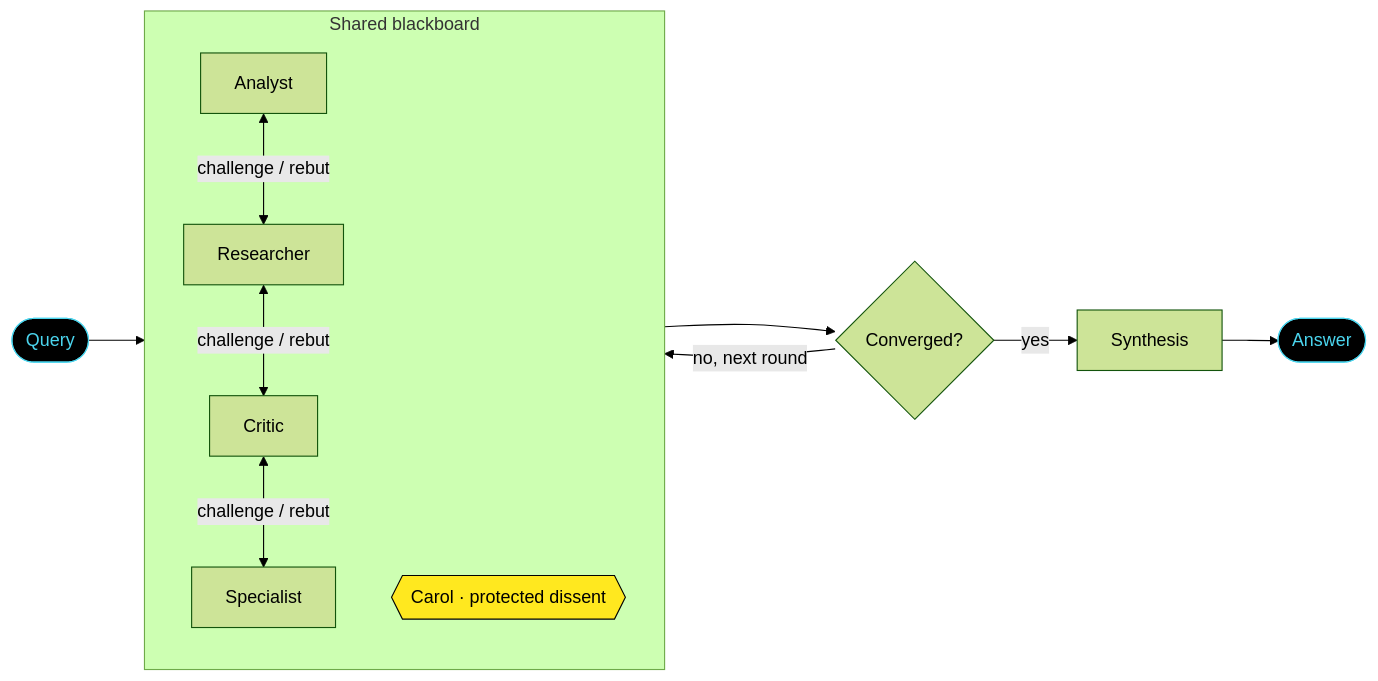
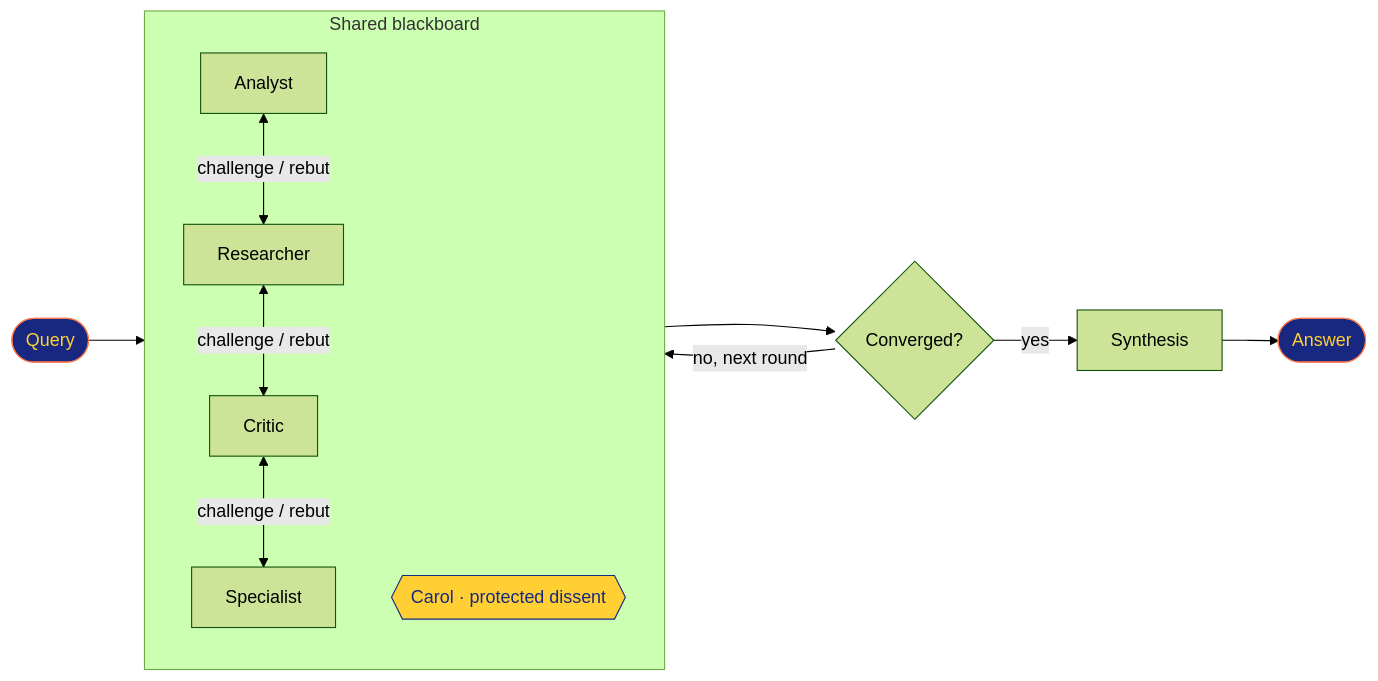
One commit to JeremySNR/JeremySNR changed the diagram in README.md. Above: the diagram before and after it, drawn with Mermaid (forest theme). The commit also changed other lines of this file, not shown here.

````diff
--- a/README.md
+++ b/README.md
@@ -82,18 +124,18 @@
 ```mermaid
 flowchart LR
     Q([Query]) --> BB
     subgraph BB [Shared blackboard]
         direction TB
         A1[Analyst] <-->|challenge / rebut| A2[Researcher]
         A2 <-->|challenge / rebut| A3[Critic]
         A3 <-->|challenge / rebut| A4[Specialist]
         C{{Carol · protected dissent}}
     end
     BB --> CV{Converged?}
     CV -- no, next round --> BB
     CV -- yes --> S[Synthesis] --> OUT([Answer])
-    classDef carol fill:#FFE81F,stroke:#000,color:#000;
-    classDef io fill:#000,stroke:#4BD5EE,color:#4BD5EE;
+    classDef carol fill:#FFCF34,stroke:#182880,color:#182880;
+    classDef io fill:#182880,stroke:#FF7848,color:#FFCF34;
     class C carol;
     class Q,OUT io;
 ```
````
